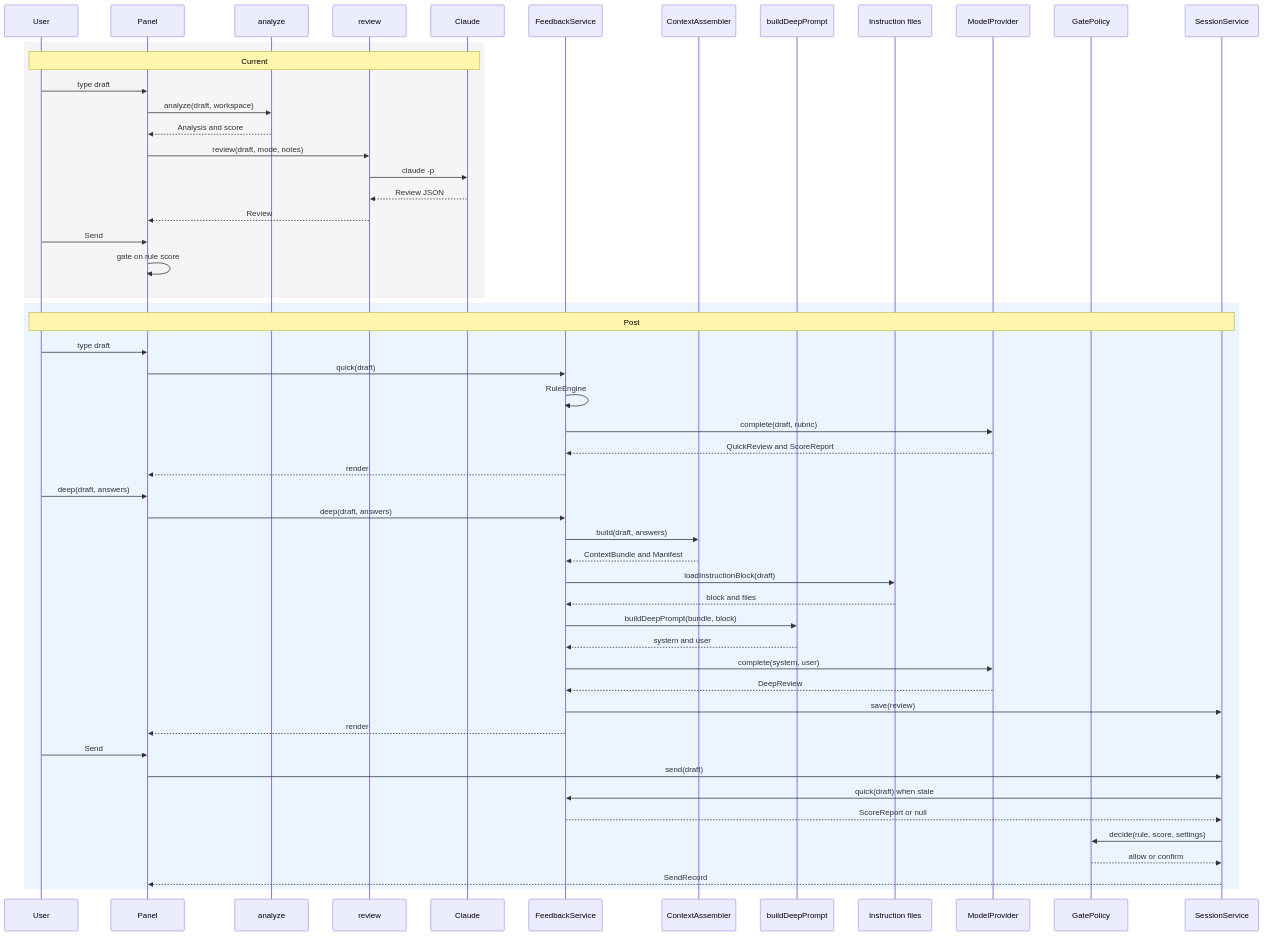
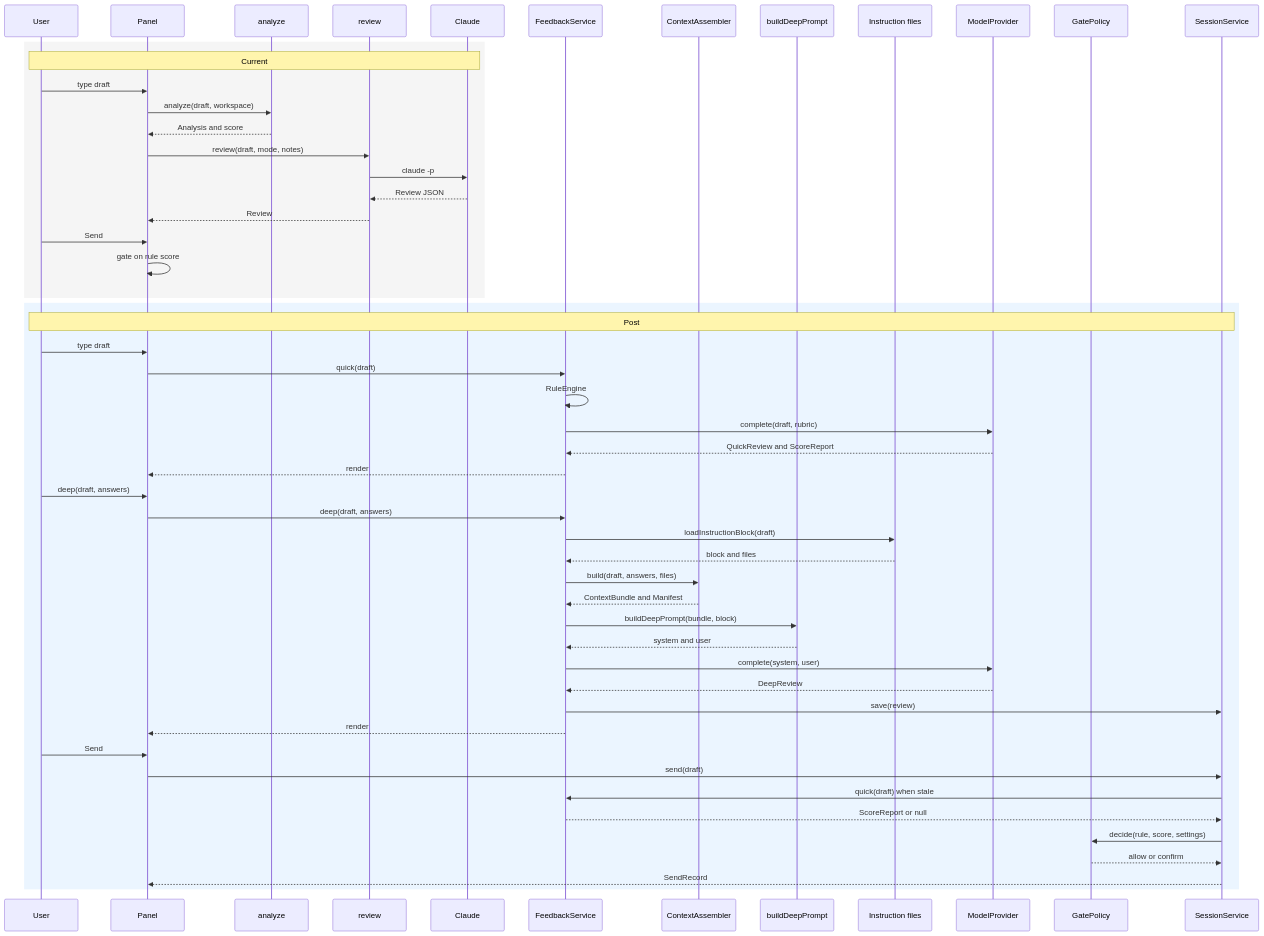
One commit to Diekgbbtt/Preflight changed the third of 4 diagrams in docs/LLD.md. Above: the diagram before and after it, drawn with Mermaid. The commit also changed other lines of this file, not shown here.

Commit message:
Fix instruction loader and bundle ordering in LLD

````diff
--- a/docs/LLD.md
+++ b/docs/LLD.md
@@ -76,55 +76,55 @@
 ```mermaid
 sequenceDiagram
   participant U as User
   participant P as Panel
   participant A as analyze
   participant R as review
   participant C as Claude
   participant F as FeedbackService
   participant X as ContextAssembler
   participant D as buildDeepPrompt
   participant I as Instruction files
   participant M as ModelProvider
   participant G as GatePolicy
   participant S as SessionService
   rect rgb(245,245,245)
     Note over U,C: Current
     U->>P: type draft
     P->>A: analyze(draft, workspace)
     A-->>P: Analysis and score
     P->>R: review(draft, mode, notes)
     R->>C: claude -p
     C-->>R: Review JSON
     R-->>P: Review
     U->>P: Send
     P->>P: gate on rule score
   end
   rect rgb(235,245,255)
     Note over U,S: Post
     U->>P: type draft
     P->>F: quick(draft)
     F->>F: RuleEngine
     F->>M: complete(draft, rubric)
     M-->>F: QuickReview and ScoreReport
     F-->>P: render
     U->>P: deep(draft, answers)
     P->>F: deep(draft, answers)
-    F->>X: build(draft, answers)
-    X-->>F: ContextBundle and Manifest
     F->>I: loadInstructionBlock(draft)
     I-->>F: block and files
+    F->>X: build(draft, answers, files)
+    X-->>F: ContextBundle and Manifest
     F->>D: buildDeepPrompt(bundle, block)
     D-->>F: system and user
     F->>M: complete(system, user)
     M-->>F: DeepReview
     F->>S: save(review)
     F-->>P: render
     U->>P: Send
     P->>S: send(draft)
     S->>F: quick(draft) when stale
     F-->>S: ScoreReport or null
     S->>G: decide(rule, score, settings)
     G-->>S: allow or confirm
     S-->>P: SendRecord
   end
 ```
````
